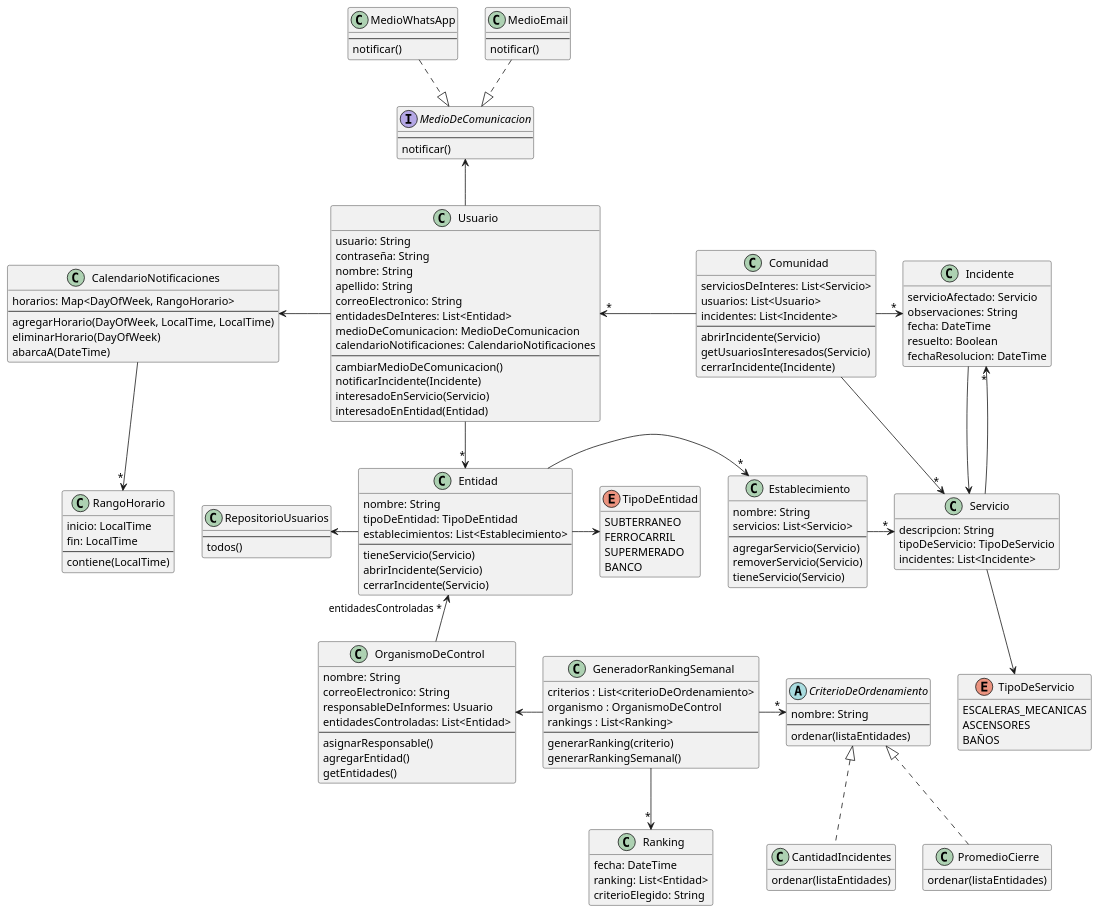
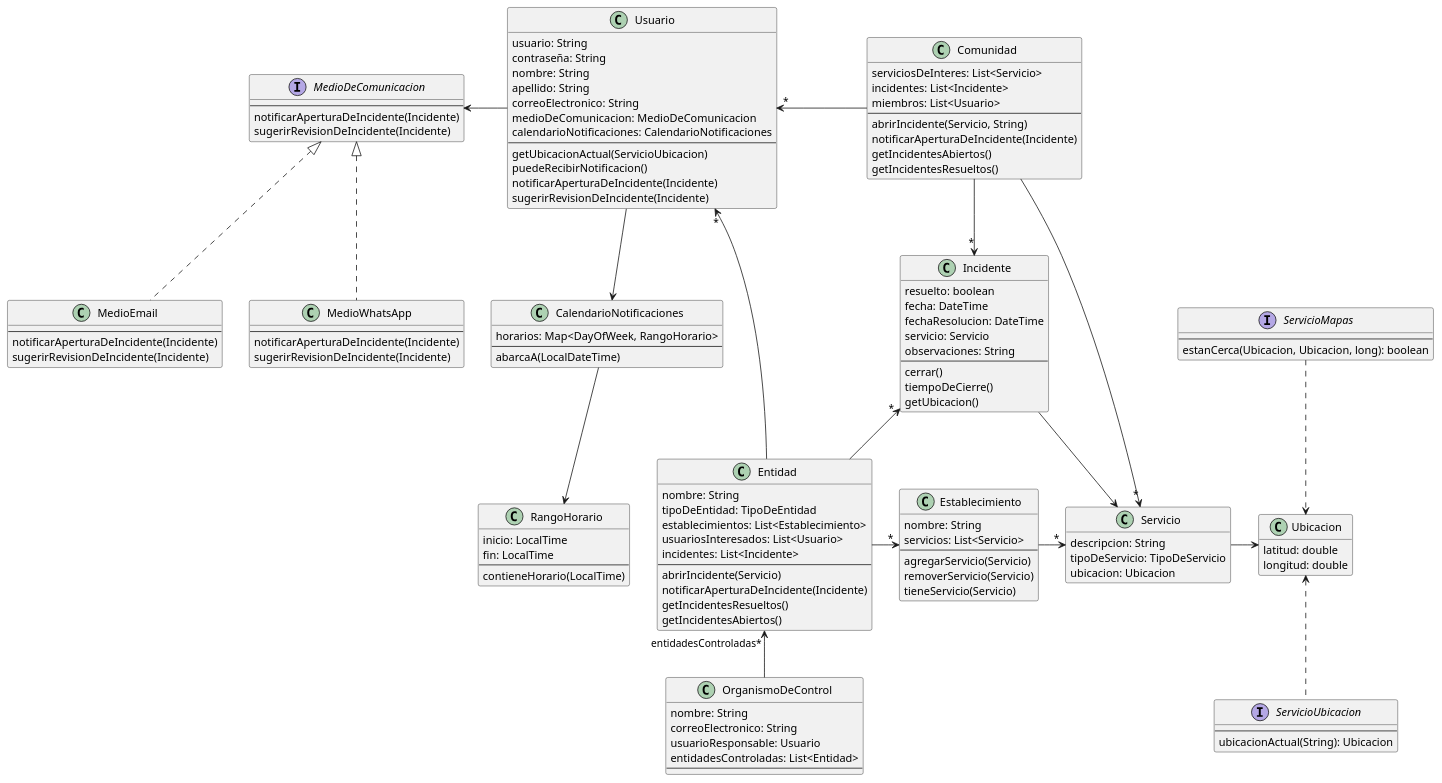
One commit to ValenAquino/tp-dds-2023 changed the diagram in docs/entrega-3/clases_mm.puml. Above: the diagram before and after it, drawn with PlantUML.

Commit message:
docs(clases): actualizar

```diff
--- a/docs/entrega-3/clases_mm.puml
+++ b/docs/entrega-3/clases_mm.puml
@@ -5,14 +5,20 @@
 ' Supermercado, Centro Comunal, Banco, ...
 class Entidad {
   nombre: String
-  ' localizacion: Localizacion
   tipoDeEntidad: TipoDeEntidad
   establecimientos: List<Establecimiento>
+  usuariosInteresados: List<Usuario>
+  incidentes: List<Incidente>
   --
-  tieneServicio(Servicio)
   abrirIncidente(Servicio)
-  cerrarIncidente(Servicio)
+  notificarAperturaDeIncidente(Incidente)
+  getIncidentesResueltos()
+  getIncidentesAbiertos()
 }
+
+Entidad -r->"*" Establecimiento
+Entidad -l->"*" Usuario
+Entidad -u->"*" Incidente
 
 ' Sucursal, Estacion, ...
 class Establecimiento {
@@ -24,17 +30,133 @@
   tieneServicio(Servicio)
 }
 
+Establecimiento ->"*" Servicio
+
 class Servicio {
   descripcion: String
   tipoDeServicio: TipoDeServicio
+  ubicacion: Ubicacion
+}
+
+Servicio -> Ubicacion
+
+class Usuario {
+  usuario: String
+  contraseña: String
+  nombre: String
+  apellido: String
+  correoElectronico: String
+  medioDeComunicacion: MedioDeComunicacion
+  calendarioNotificaciones: CalendarioNotificaciones
+  --
+  getUbicacionActual(ServicioUbicacion)
+  puedeRecibirNotificacion()
+  notificarAperturaDeIncidente(Incidente)
+  sugerirRevisionDeIncidente(Incidente)
+}
+
+Usuario -l-> MedioDeComunicacion
+Usuario -d-> CalendarioNotificaciones
+
+class CalendarioNotificaciones {
+  horarios: Map<DayOfWeek, RangoHorario>
+  --
+  abarcaA(LocalDateTime)
+}
+
+CalendarioNotificaciones -d-> RangoHorario
+
+class RangoHorario {
+  inicio: LocalTime
+  fin: LocalTime
+  --
+  contieneHorario(LocalTime)
+}
+
+interface MedioDeComunicacion {
+  --
+  notificarAperturaDeIncidente(Incidente)
+  sugerirRevisionDeIncidente(Incidente)
+}
+
+class MedioWhatsApp implements MedioDeComunicacion {
+  --
+  notificarAperturaDeIncidente(Incidente)
+  sugerirRevisionDeIncidente(Incidente)
+}
+
+class MedioEmail implements MedioDeComunicacion {
+  --
+  notificarAperturaDeIncidente(Incidente)
+  sugerirRevisionDeIncidente(Incidente)
+}
+
+class Comunidad {
+  serviciosDeInteres: List<Servicio>
   incidentes: List<Incidente>
+  miembros: List<Usuario>
+  --
+  abrirIncidente(Servicio, String)
+  notificarAperturaDeIncidente(Incidente)
+  getIncidentesAbiertos()
+  getIncidentesResueltos()
 }
+
+Comunidad ->"*" Servicio
+Comunidad -d->"*" Incidente
+Comunidad -l->"*" Usuario
+
+class Incidente {
+  resuelto: boolean
+  fecha: DateTime
+  fechaResolucion: DateTime
+  servicio: Servicio
+  observaciones: String
+  --
+  cerrar()
+  tiempoDeCierre()
+  getUbicacion()
+}
+
+Incidente -> Servicio
+
+class Ubicacion {
+  latitud: double
+  longitud: double
+}
+
+ServicioMapas ..> Ubicacion
+ServicioUbicacion .u.> Ubicacion
+
+interface ServicioMapas {
+  --
+  estanCerca(Ubicacion, Ubicacion, long): boolean
+}
+
+interface ServicioUbicacion {
+  --
+  ubicacionActual(String): Ubicacion
+}
+
+class OrganismoDeControl {
+  nombre: String
+  correoElectronico: String
+  usuarioResponsable: Usuario
+  entidadesControladas: List<Entidad>
+  --
+}
+
+OrganismoDeControl -u->"entidadesControladas*" Entidad
+
+/'
 
 enum TipoDeServicio {
   ESCALERAS_MECANICAS
   ASCENSORES
   BAÑOS
 }
+
+Servicio -> TipoDeServicio
 
 enum TipoDeEntidad {
   SUBTERRANEO
@@ -43,164 +165,8 @@
   BANCO
 }
 
-class Usuario {
-  usuario: String
-  contraseña: String
-  nombre: String
-  apellido: String
-  correoElectronico: String
-  entidadesDeInteres: List<Entidad>
-  ' localizacion: Localizacion
-  medioDeComunicacion: MedioDeComunicacion
-  calendarioNotificaciones: CalendarioNotificaciones
-  --
-  cambiarMedioDeComunicacion()
-  notificarIncidente(Incidente)
-  interesadoEnServicio(Servicio)
-  interesadoEnEntidad(Entidad)
-}
+Entidad -> TipoDeEntidad
 
-class RangoHorario {
-  inicio: LocalTime
-  fin: LocalTime
-  --
-  contiene(LocalTime)
-}
-
-class CalendarioNotificaciones {
-  horarios: Map<DayOfWeek, RangoHorario>
-  --
-  agregarHorario(DayOfWeek, LocalTime, LocalTime)
-  eliminarHorario(DayOfWeek)
-  abarcaA(DateTime)
-}
-
-interface MedioDeComunicacion {
-  --
-  notificar()
-}
-class MedioWhatsApp {
-  --
-  notificar()
-}
-class MedioEmail {
-  --
-  notificar()
-}
-
-/'
-class Localizacion {
-  nombre: String
-  latitud: Double
-  longitud: Double
-  tipoDeLocalizacion: TipoDeLocalizacion
-}
-
-enum TipoDeLocalizacion {
-  DEPARTAMENTO
-  MUNICIPIO
-  PROVINCIA
-}
 '/
 
-class OrganismoDeControl {
-  nombre: String
-  correoElectronico: String
-  responsableDeInformes: Usuario
-  entidadesControladas: List<Entidad>
-  --
-  asignarResponsable()
-  agregarEntidad()
-  getEntidades()
-}
-
-class Incidente {
-  servicioAfectado: Servicio
-  observaciones: String
-  fecha: DateTime
-  resuelto: Boolean
-  fechaResolucion: DateTime
-}
-
-class Comunidad {
-  serviciosDeInteres: List<Servicio>
-  usuarios: List<Usuario>
-  incidentes: List<Incidente>
-  --
-  abrirIncidente(Servicio)
-  getUsuariosInteresados(Servicio)
-  cerrarIncidente(Incidente)
-}
-
-'class RepositorioOrganismosDeControl {
-'  organismosDeControl: List<OrganismoDeControl>
-'  --
-'  agregarOrganismoDeControl()
-'  eliminarOrganismoDeControl()
-'}
-
-class GeneradorRankingSemanal {
-  criterios : List<criterioDeOrdenamiento>
-  organismo : OrganismoDeControl
-  rankings : List<Ranking>
-  --
-  generarRanking(criterio)
-  generarRankingSemanal()
-}
-
-class Ranking {
-  fecha: DateTime
-  ranking: List<Entidad>
-  criterioElegido: String
-}
-
-abstract class CriterioDeOrdenamiento {
-  nombre: String
-  ---
-  ordenar(listaEntidades)
-}
-
-class PromedioCierre {
-  ordenar(listaEntidades)
-}
-
-class CantidadIncidentes {
-  ordenar(listaEntidades)
-}
-class RepositorioUsuarios{
-    --
-    todos()
-}
-
-'RepositorioOrganismosDeControl -u-> OrganismoDeControl
-GeneradorRankingSemanal -> OrganismoDeControl
-GeneradorRankingSemanal -d> "*" CriterioDeOrdenamiento
-GeneradorRankingSemanal --> "*" Ranking
-
-CriterioDeOrdenamiento <|.. PromedioCierre
-CriterioDeOrdenamiento <|.d. CantidadIncidentes
-
-Usuario -u-> MedioDeComunicacion
-Usuario -l-> CalendarioNotificaciones
-
-Usuario -->"*" Entidad
-Establecimiento ->"*" Servicio
-Comunidad ->"*" Servicio
-Incidente --> Servicio
-
-CalendarioNotificaciones -->"*" RangoHorario
-RepositorioUsuarios <- Entidad
-Entidad ->"*" Establecimiento
-Entidad -> TipoDeEntidad
-Servicio --> TipoDeServicio
-Servicio -u-> "*" Incidente
-' Localizacion <- Usuario
-' Localizacion <- Entidad
-' TipoDeLocalizacion -> Localizacion
-Entidad "entidadesControladas *"<-- OrganismoDeControl
-Usuario "*"<- Comunidad
-Comunidad ->"*" Incidente
-MedioWhatsApp ..|> MedioDeComunicacion
-MedioEmail ..|> MedioDeComunicacion
-
 @enduml
```
